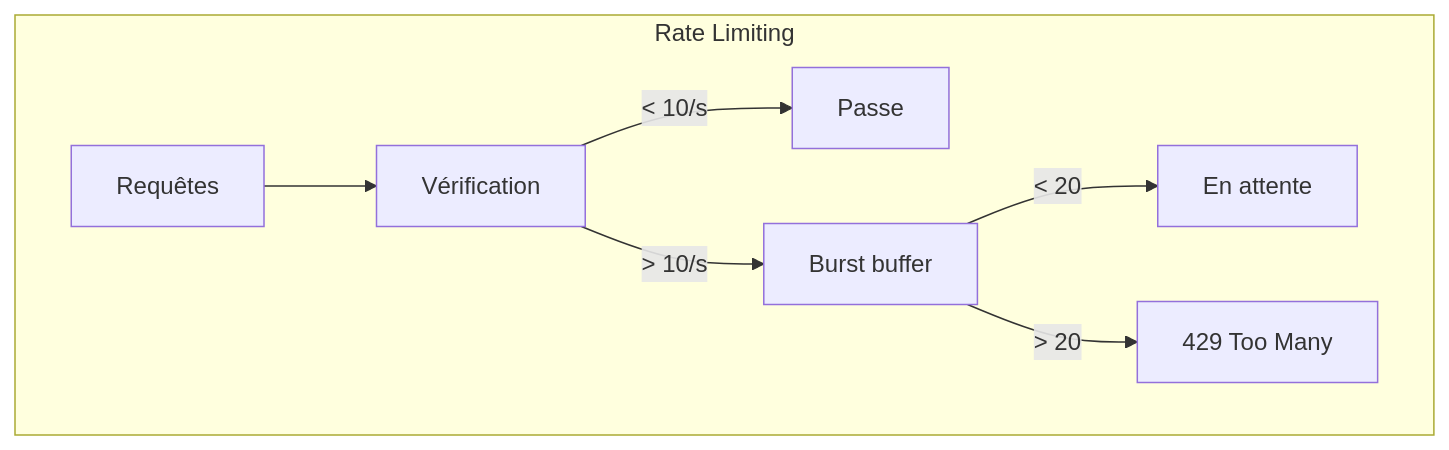
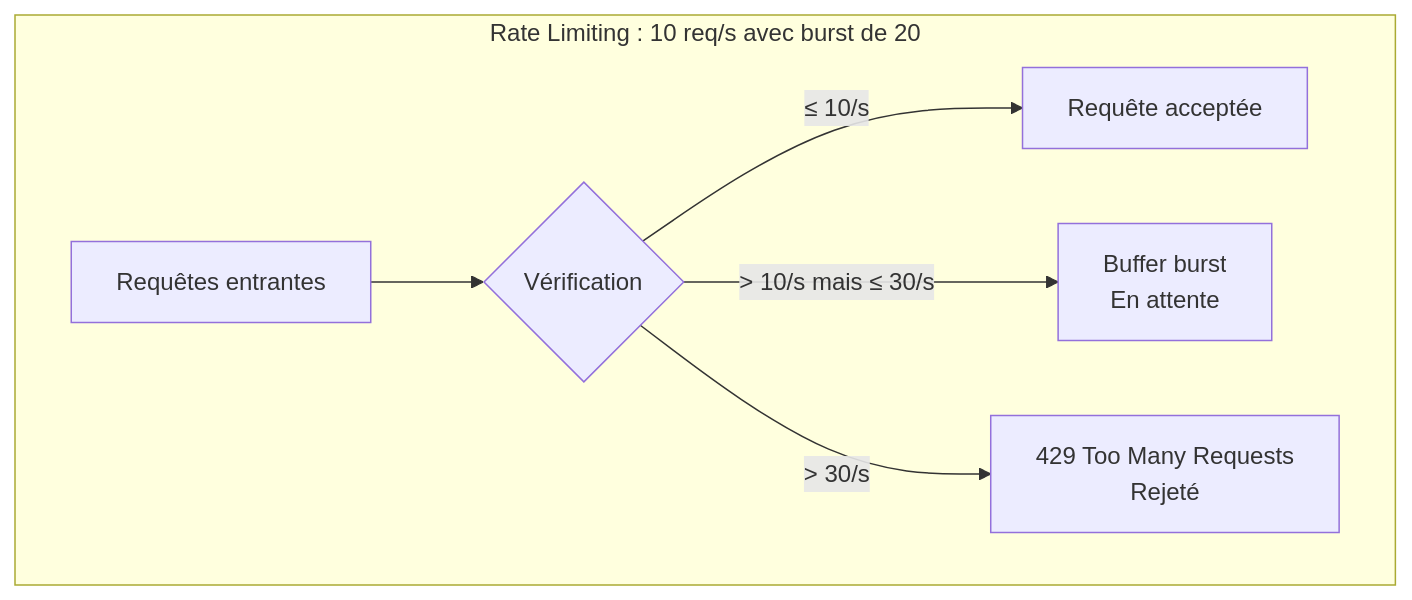
One commit to haythem-rehouma/deploiement-de-solutions-de-donnees changed the seventh of 8 diagrams in 04-docker-swarm-nginx/10-nginx-load-balancer-securite.md. Above: the diagram before and after it, drawn with Mermaid. The commit also changed other lines of this file and 9 other files, not shown here.

````diff
--- a/04-docker-swarm-nginx/10-nginx-load-balancer-securite.md
+++ b/04-docker-swarm-nginx/10-nginx-load-balancer-securite.md
@@ -478,10 +638,9 @@
 ```mermaid
 graph TB
-    subgraph "Rate Limiting"
-        REQ[Requêtes] --> CHECK[Vérification]
-        CHECK -->|< 10/s| PASS[Passe]
-        CHECK -->|> 10/s| BURST[Burst buffer]
-        BURST -->|< 20| QUEUE[En attente]
-        BURST -->|> 20| REJECT[429 Too Many]
+    subgraph "Rate Limiting : 10 req/s avec burst de 20"
+        REQ[Requêtes entrantes] --> CHECK{Vérification}
+        CHECK -->|"≤ 10/s"| PASS[Requête acceptée]
+        CHECK -->|"> 10/s mais ≤ 30/s"| BURST[Buffer burst<br/>En attente]
+        CHECK -->|"> 30/s"| REJECT["429 Too Many Requests<br/>Rejeté"]
     end
 ```
````
